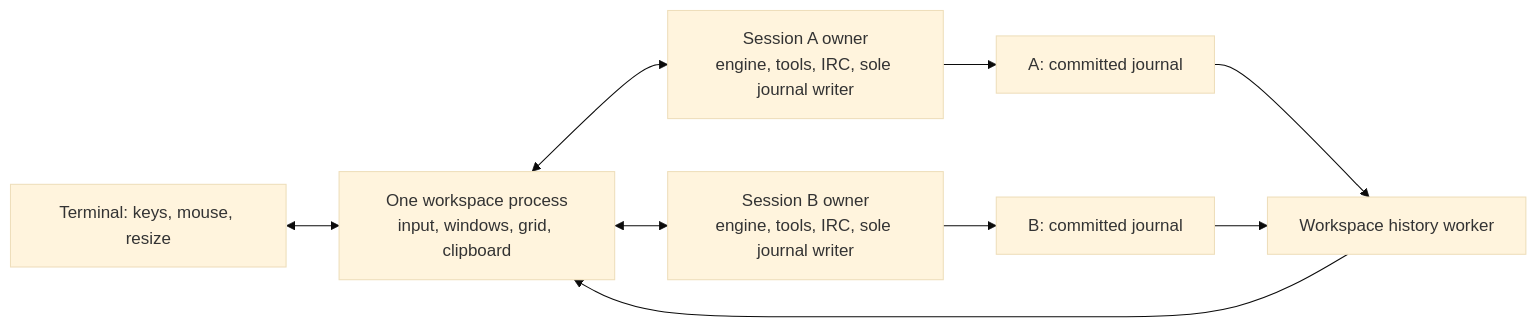
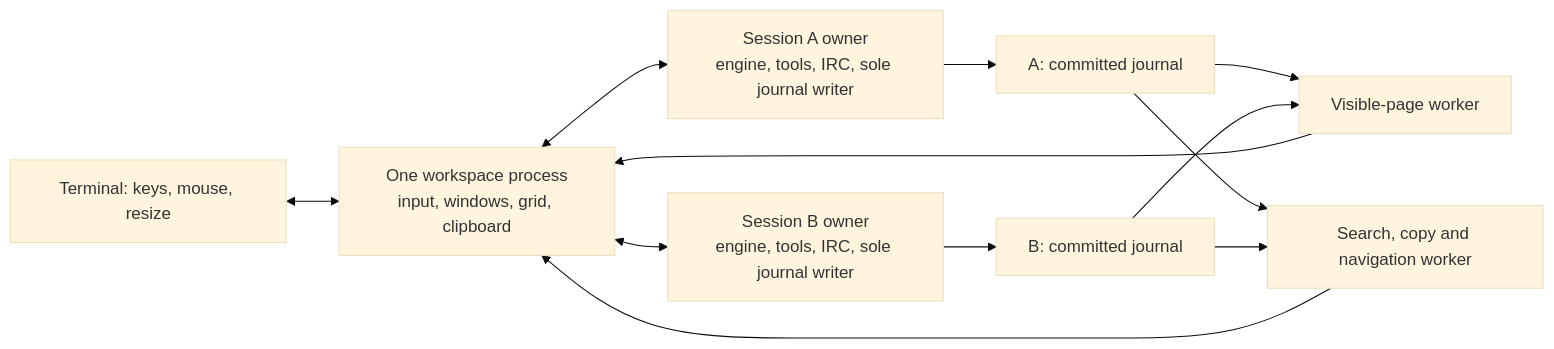
One commit to snajpa/snajpagent changed the diagram in design/vim-mode.md. Above: the diagram before and after it, drawn with Mermaid (base theme). The commit also changed other lines of this file and 6 other files, not shown here.

````diff
--- a/design/vim-mode.md
+++ b/design/vim-mode.md
@@ -682,11 +682,14 @@
 ```mermaid
 flowchart LR
     K["Terminal: keys, mouse, resize"] <--> W["One workspace process\ninput, windows, grid, clipboard"]
     W <--> S1["Session A owner\nengine, tools, IRC, sole journal writer"]
     W <--> S2["Session B owner\nengine, tools, IRC, sole journal writer"]
     S1 --> J1["A: committed journal"]
     S2 --> J2["B: committed journal"]
-    J1 --> H["Workspace history worker"]
+    J1 --> H["Visible-page worker"]
     J2 --> H
     H --> W
+    J1 --> C["Search, copy and navigation worker"]
+    J2 --> C
+    C --> W
 ```
````
